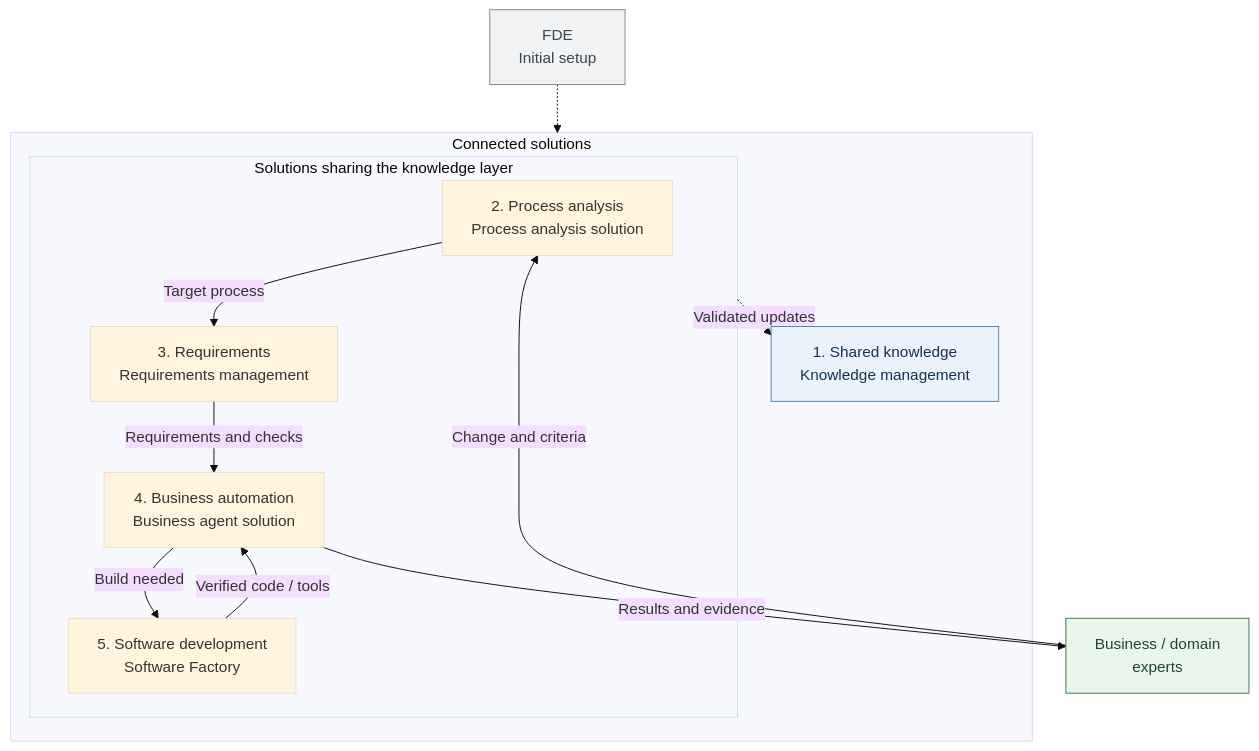
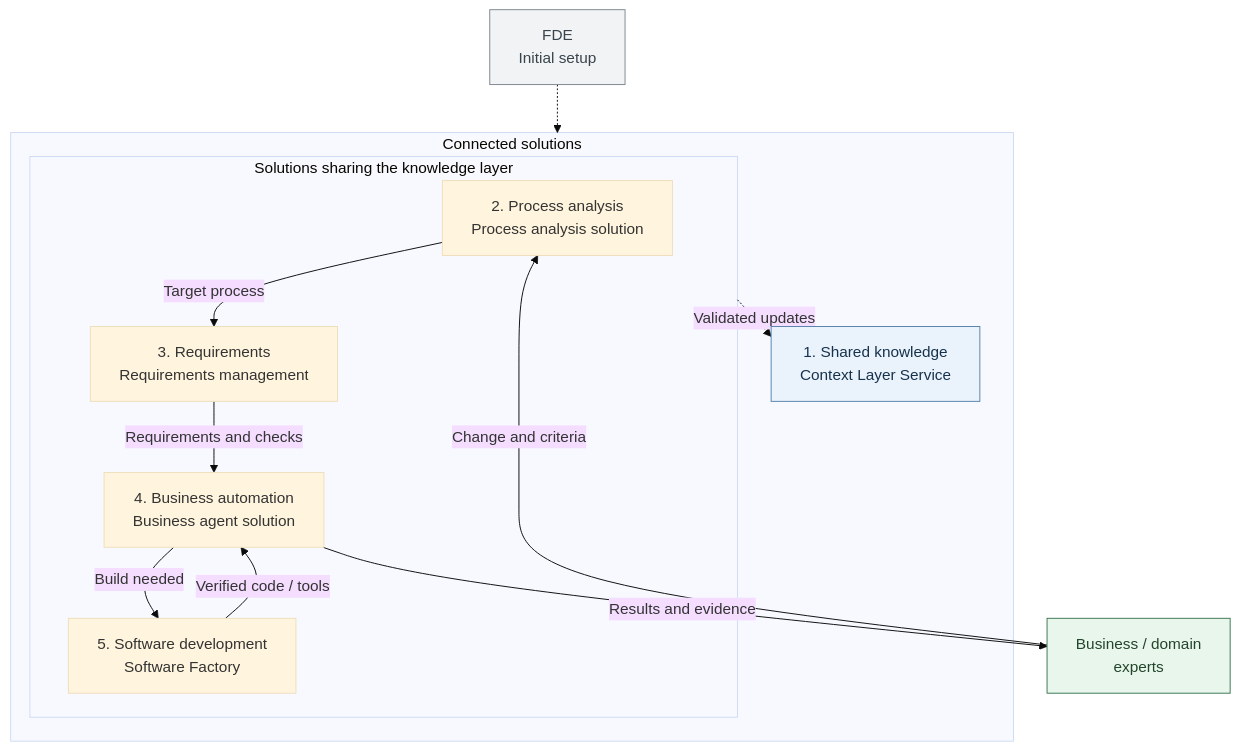
One commit to haandol/haandol.github.com changed the third of 6 diagrams in _en/2026-11-05-enterprise-wide-ax-essentials.md. Above: the diagram before and after it, drawn with Mermaid (base theme). The commit also changed other lines of this file and 5 other files, not shown here.

````diff
--- a/_en/2026-11-05-enterprise-wide-ax-essentials.md
+++ b/_en/2026-11-05-enterprise-wide-ax-essentials.md
@@ -109,24 +108,24 @@
 ```mermaid
 flowchart TB
   FDE["FDE<br/>Initial setup"] -.-> S
   subgraph S["Connected solutions"]
-    K["1. Shared knowledge<br/>Knowledge management"]
+    K["1. Shared knowledge<br/>Context Layer Service"]
     subgraph W["Solutions sharing the knowledge layer"]
       P["2. Process analysis<br/>Process analysis solution"] -->|"Target process"| R["3. Requirements<br/>Requirements management"]
       R -->|"Requirements and checks"| A["4. Business automation<br/>Business agent solution"]
       A -->|"Build needed"| F["5. Software development<br/>Software Factory"]
       F -->|"Verified code / tools"| A
     end
     K --> W
     W -.->|"Validated updates"| K
     K ~~~ P
   end
   U["Business / domain<br/>experts"] -->|"Change and criteria"| P
   A -->|"Results and evidence"| U
   classDef expert fill:#e9f6ec,stroke:#3c7754,color:#23452b
   classDef setup fill:#f1f3f5,stroke:#7d8790,color:#39434c
   classDef knowledge fill:#eaf2fb,stroke:#5683ac,color:#17324d
   class U expert
   class FDE setup
   class K knowledge
 ```
````
